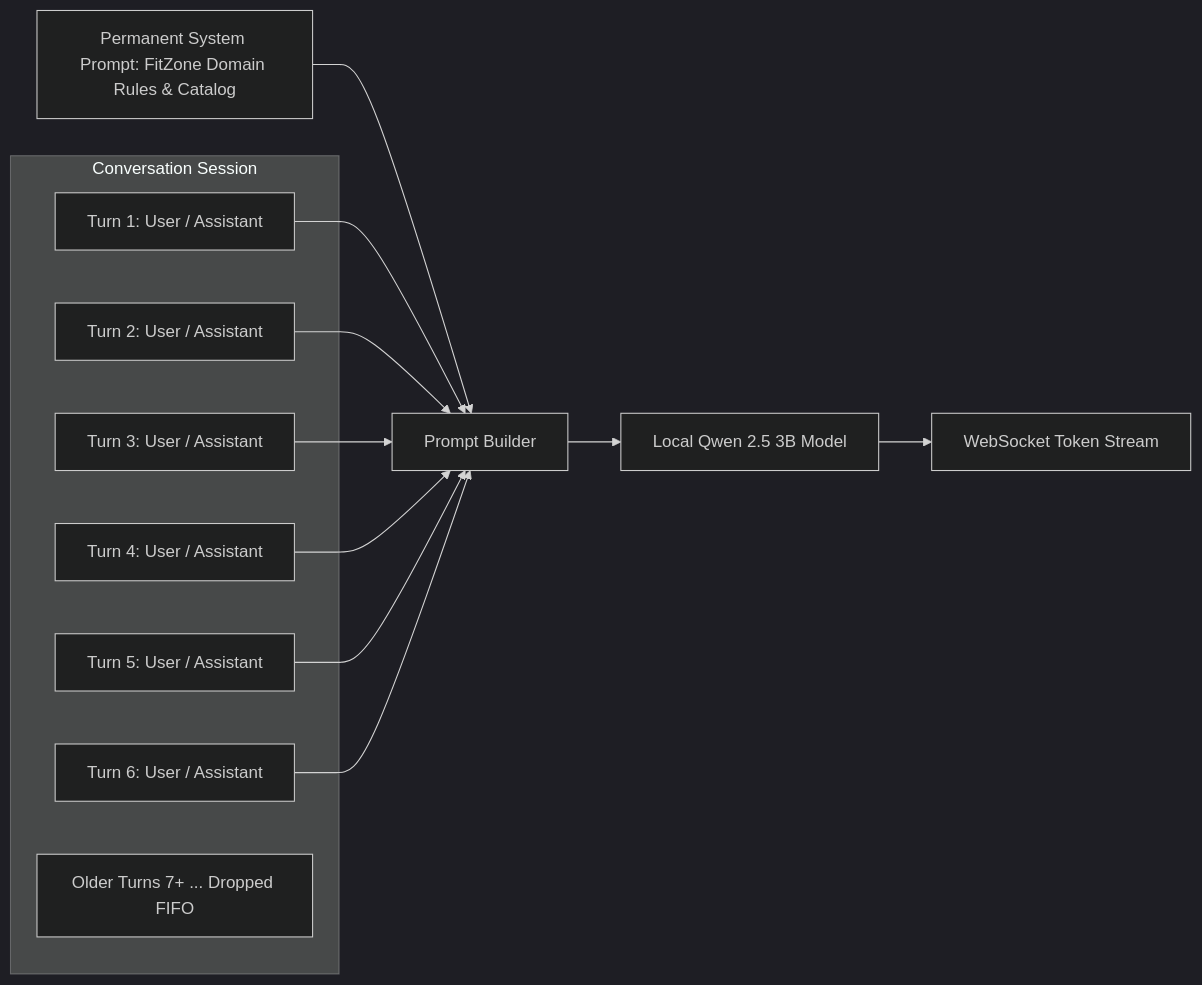
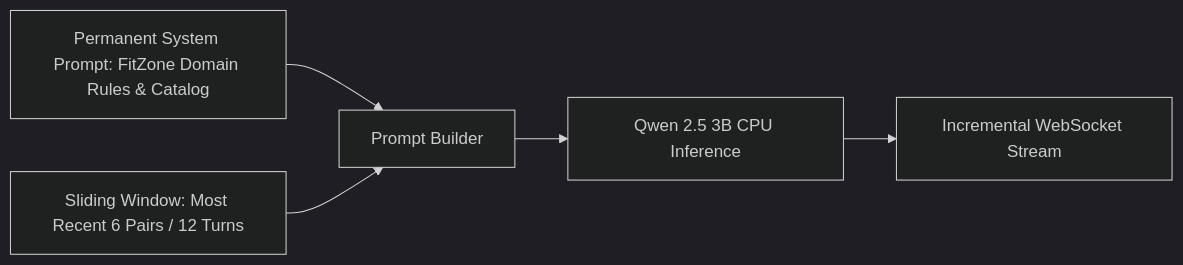
Before and after one commit to Haroon2697/NLP_A1: the third of 3 diagrams in README.md, drawn with Mermaid (dark theme). The commit also changed other lines of this file, not shown here.

````diff
--- a/README.md
+++ b/README.md
@@ -226,17 +199,7 @@
 ```mermaid
 flowchart LR
-    subgraph Conversation Session
-        H1[Turn 1: User / Assistant]
-        H2[Turn 2: User / Assistant]
-        H3[Turn 3: User / Assistant]
-        H4[Turn 4: User / Assistant]
-        H5[Turn 5: User / Assistant]
-        H6[Turn 6: User / Assistant]
-        H_Old[Older Turns 7+ ... Dropped FIFO]
-    end
-
     SP[Permanent System Prompt: FitZone Domain Rules & Catalog] --> PB[Prompt Builder]
-    H1 & H2 & H3 & H4 & H5 & H6 --> PB
-    PB --> LLM[Local Qwen 2.5 3B Model]
-    LLM --> Stream[WebSocket Token Stream]
+    H[Sliding Window: Most Recent 6 Pairs / 12 Turns] --> PB
+    PB --> Model[Qwen 2.5 3B CPU Inference]
+    Model --> WS[Incremental WebSocket Stream]
 ```
````
